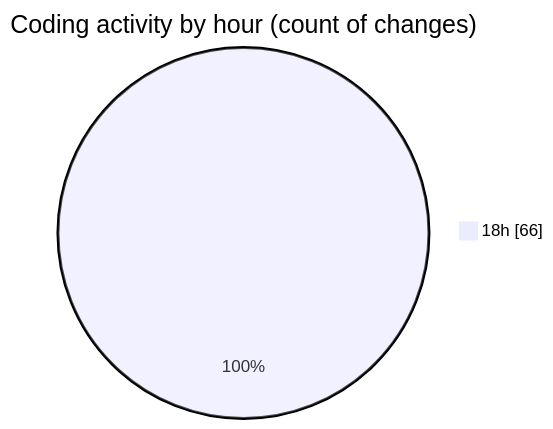
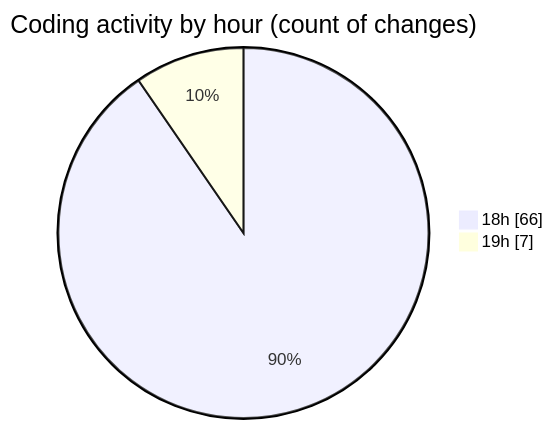
The second of 2 diagrams in 2025-07-16/mern-workoutboard/README.md (Ritupan-Deka/code-tracking), drawn with Mermaid before and after one commit. The commit also changed other lines of this file and 1 other file, not shown here.

````diff
--- a/2025-07-16/mern-workoutboard/README.md
+++ b/2025-07-16/mern-workoutboard/README.md
@@ -32,5 +33,6 @@
 ```mermaid
 pie showData
 title Coding activity by hour (count of changes)
 "18h" : 66
+"19h" : 7
 ```
````
